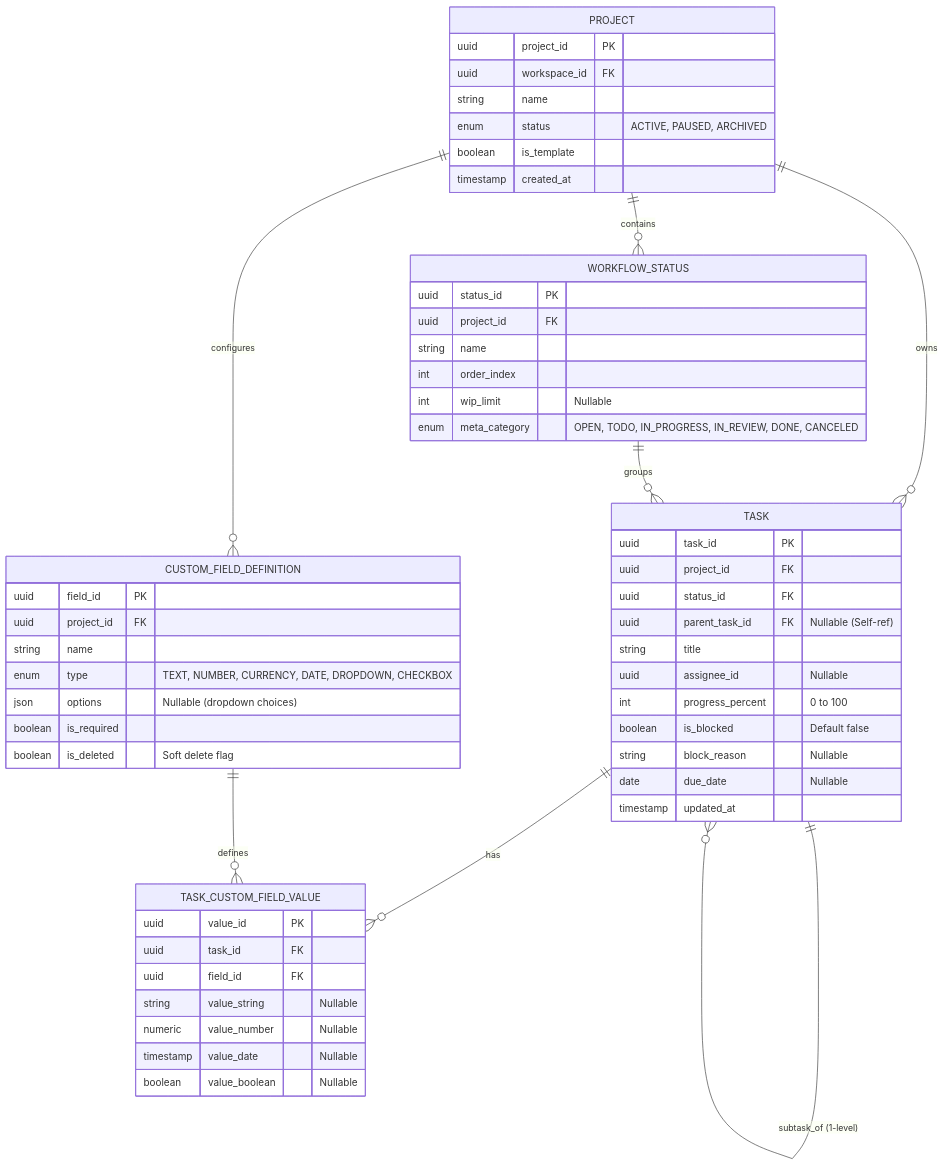
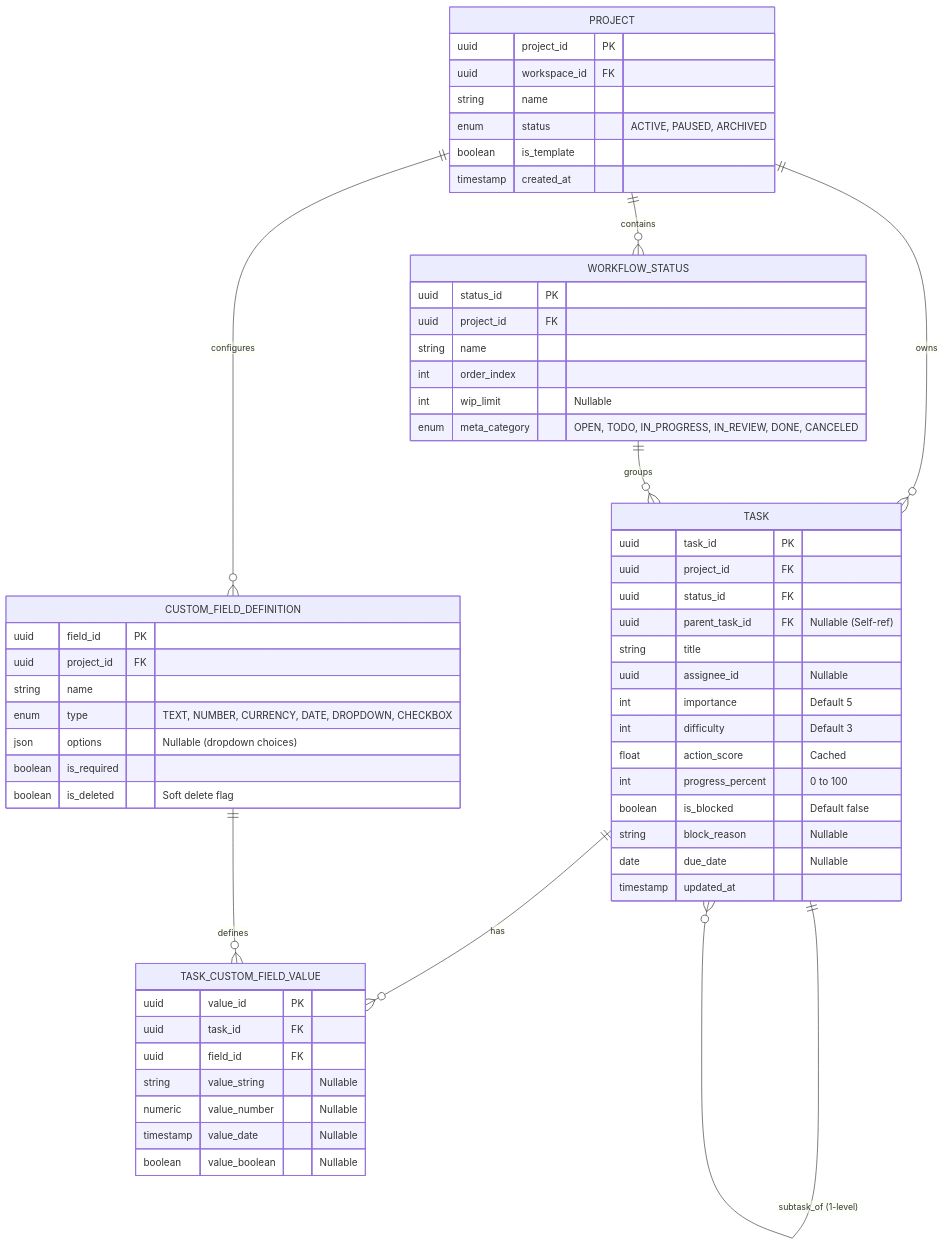
Before and after one commit to HuynhTri-dev/omnimer_team_doc: the second of 24 diagrams in docs/bda/02-phase1-omniproject/omniproject_core/phase_2/02_SRS_PHASE2_OMNIPROJECT_CORE.md, drawn with Mermaid. The commit also changed 2 other files, not shown here.

Commit message:
docs: update phase 2 SRS, smart prioritization specs, and tech stack documentation

````diff
--- a/docs/bda/02-phase1-omniproject/omniproject_core/phase_2/02_SRS_PHASE2_OMNIPROJECT_CORE.md
+++ b/docs/bda/02-phase1-omniproject/omniproject_core/phase_2/02_SRS_PHASE2_OMNIPROJECT_CORE.md
@@ -166,62 +166,65 @@
 ```mermaid
 erDiagram
     PROJECT ||--o{ WORKFLOW_STATUS : "contains"
     PROJECT ||--o{ CUSTOM_FIELD_DEFINITION : "configures"
     PROJECT ||--o{ TASK : "owns"
     WORKFLOW_STATUS ||--o{ TASK : "groups"
     TASK ||--o{ TASK : "subtask_of (1-level)"
     TASK ||--o{ TASK_CUSTOM_FIELD_VALUE : "has"
     CUSTOM_FIELD_DEFINITION ||--o{ TASK_CUSTOM_FIELD_VALUE : "defines"
 
     PROJECT {
         uuid project_id PK
         uuid workspace_id FK
         string name
         enum status "ACTIVE, PAUSED, ARCHIVED"
         boolean is_template
         timestamp created_at
     }
 
     WORKFLOW_STATUS {
         uuid status_id PK
         uuid project_id FK
         string name
         int order_index
         int wip_limit "Nullable"
         enum meta_category "OPEN, TODO, IN_PROGRESS, IN_REVIEW, DONE, CANCELED"
     }
 
     CUSTOM_FIELD_DEFINITION {
         uuid field_id PK
         uuid project_id FK
         string name
         enum type "TEXT, NUMBER, CURRENCY, DATE, DROPDOWN, CHECKBOX"
         json options "Nullable (dropdown choices)"
         boolean is_required
         boolean is_deleted "Soft delete flag"
     }
 
     TASK {
         uuid task_id PK
         uuid project_id FK
         uuid status_id FK
         uuid parent_task_id FK "Nullable (Self-ref)"
         string title
         uuid assignee_id "Nullable"
+        int importance "Default 5"
+        int difficulty "Default 3"
+        float action_score "Cached"
         int progress_percent "0 to 100"
         boolean is_blocked "Default false"
         string block_reason "Nullable"
         date due_date "Nullable"
         timestamp updated_at
     }
 
     TASK_CUSTOM_FIELD_VALUE {
         uuid value_id PK
         uuid task_id FK
         uuid field_id FK
         string value_string "Nullable"
         numeric value_number "Nullable"
         timestamp value_date "Nullable"
         boolean value_boolean "Nullable"
     }
 ```
````
